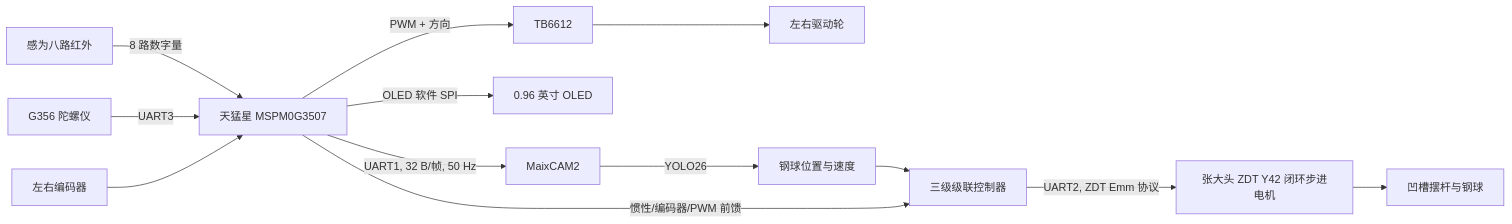
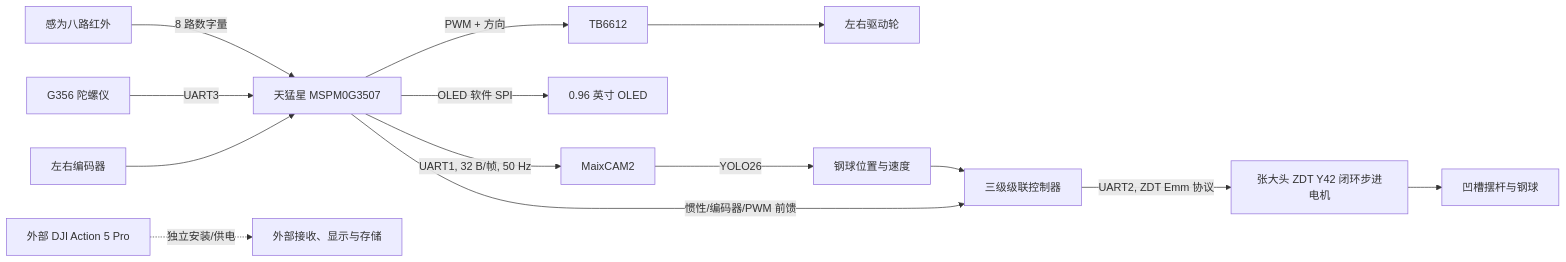
Before and after one commit to yzsnow/26NUEDC-H: the diagram in README.md, drawn with Mermaid. The commit also changed other lines of this file and 3 other files, not shown here.

````diff
--- a/README.md
+++ b/README.md
@@ -34,15 +34,16 @@
 ```mermaid
 flowchart LR
     L[感为八路红外] -->|8 路数字量| M[天猛星 MSPM0G3507]
     G[G356 陀螺仪] -->|UART3| M
     E[左右编码器] --> M
     M -->|PWM + 方向| T[TB6612]
     T --> W[左右驱动轮]
     M -->|OLED 软件 SPI| O[0.96 英寸 OLED]
     M -->|UART1, 32 B/帧, 50 Hz| C[MaixCAM2]
     C -->|YOLO26| P[钢球位置与速度]
     P --> K[三级级联控制器]
     M -->|惯性/编码器/PWM 前馈| K
     K -->|UART2, ZDT Emm 协议| Z[张大头 ZDT Y42 闭环步进电机]
     Z --> B[凹槽摆杆与钢球]
+    D[外部 DJI Action 5 Pro] -.独立安装/供电.-> R[外部接收、显示与存储]
 ```
````
